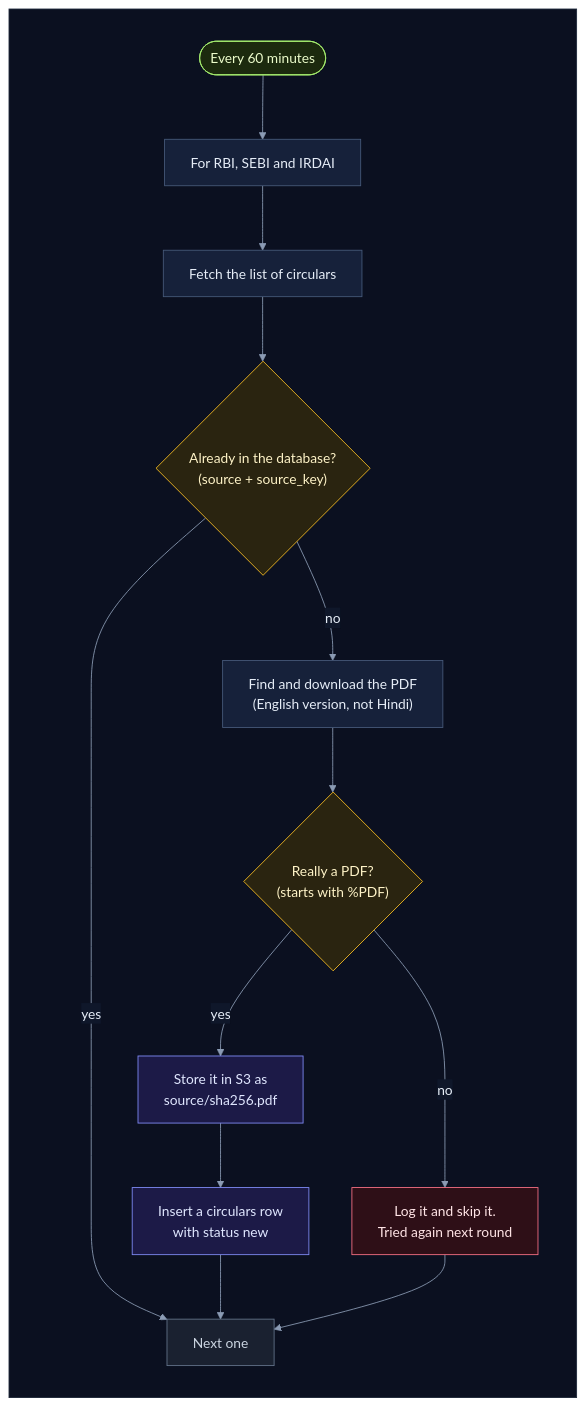
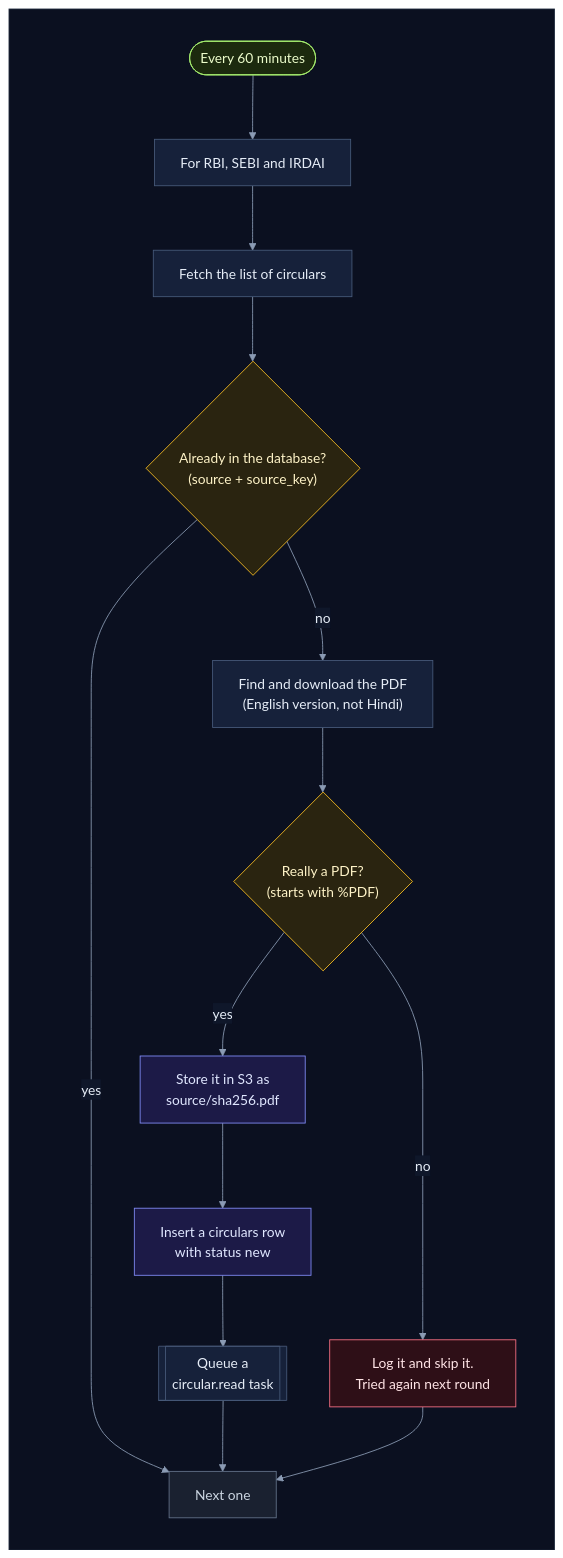
The seventh of 22 diagrams in how_it_works.md (selvakumarperumal/Regulatory_Circular_Impact_Agent), drawn with Mermaid before and after one commit. The commit also changed other lines of this file and 8 other files, not shown here.

Commit message:
Document the task queue and multi-company design

````diff
--- a/how_it_works.md
+++ b/how_it_works.md
@@ -712,34 +502,36 @@
 ```mermaid
 %%{init: {"theme": "base", "flowchart": {"diagramPadding": 0}, "themeVariables": {"darkMode": true, "primaryColor": "#16213a", "primaryTextColor": "#e6edf7", "primaryBorderColor": "#475a7a", "lineColor": "#8b9bb4", "secondaryColor": "#1b2436", "tertiaryColor": "#101a2e", "edgeLabelBackground": "#0f172a", "textColor": "#e2e8f0", "clusterBkg": "#0f1728", "clusterBorder": "#2b3a55", "titleColor": "#c4b5fd", "nodeTextColor": "#e6edf7"}}}%%
 flowchart TD
     subgraph canvas[" "]
         direction TB
         start(["Every 60 minutes"]) --> each["For RBI, SEBI and IRDAI"]
         each --> list["Fetch the list of circulars"]
         list --> known{"Already in the database?<br/>(source + source_key)"}
         known -->|yes| next["Next one"]
         known -->|no| pdf["Find and download the PDF<br/>(English version, not Hindi)"]
         pdf --> isPdf{"Really a PDF?<br/>(starts with %PDF)"}
         isPdf -->|no| skip["Log it and skip it.<br/>Tried again next round"]
         isPdf -->|yes| store["Store it in S3 as<br/>source/sha256.pdf"]
         store --> row["Insert a circulars row<br/>with status new"]
-        row --> next
+        row --> task[["Queue a<br/>circular.read task"]]
+        task --> next
         skip --> next
     end
 
     classDef svc fill:#0e2a2c,stroke:#2dd4bf,color:#ccfbf1
     classDef data fill:#1c1a47,stroke:#818cf8,color:#e0e7ff
     classDef ext fill:#2a1640,stroke:#c084fc,color:#f3e8ff
     classDef gpu fill:#2d1b0c,stroke:#fb923c,color:#ffedd5
     classDef ask fill:#2a2410,stroke:#fbbf24,color:#fef3c7
     classDef ok fill:#0b2a1c,stroke:#34d399,color:#d1fae5
     classDef bad fill:#2e0f17,stroke:#fb7185,color:#ffe4e6
     classDef start fill:#1c2a0e,stroke:#a7ef6f,color:#ecfccb
     classDef muted fill:#1a2130,stroke:#64748b,color:#cbd5e1
     class start start
     class known,isPdf ask
     class skip bad
     class store,row data
+    class task queue
     class next muted
     style canvas fill:#0b1020,stroke:#1e293b,color:#0b1020
 ```
````
